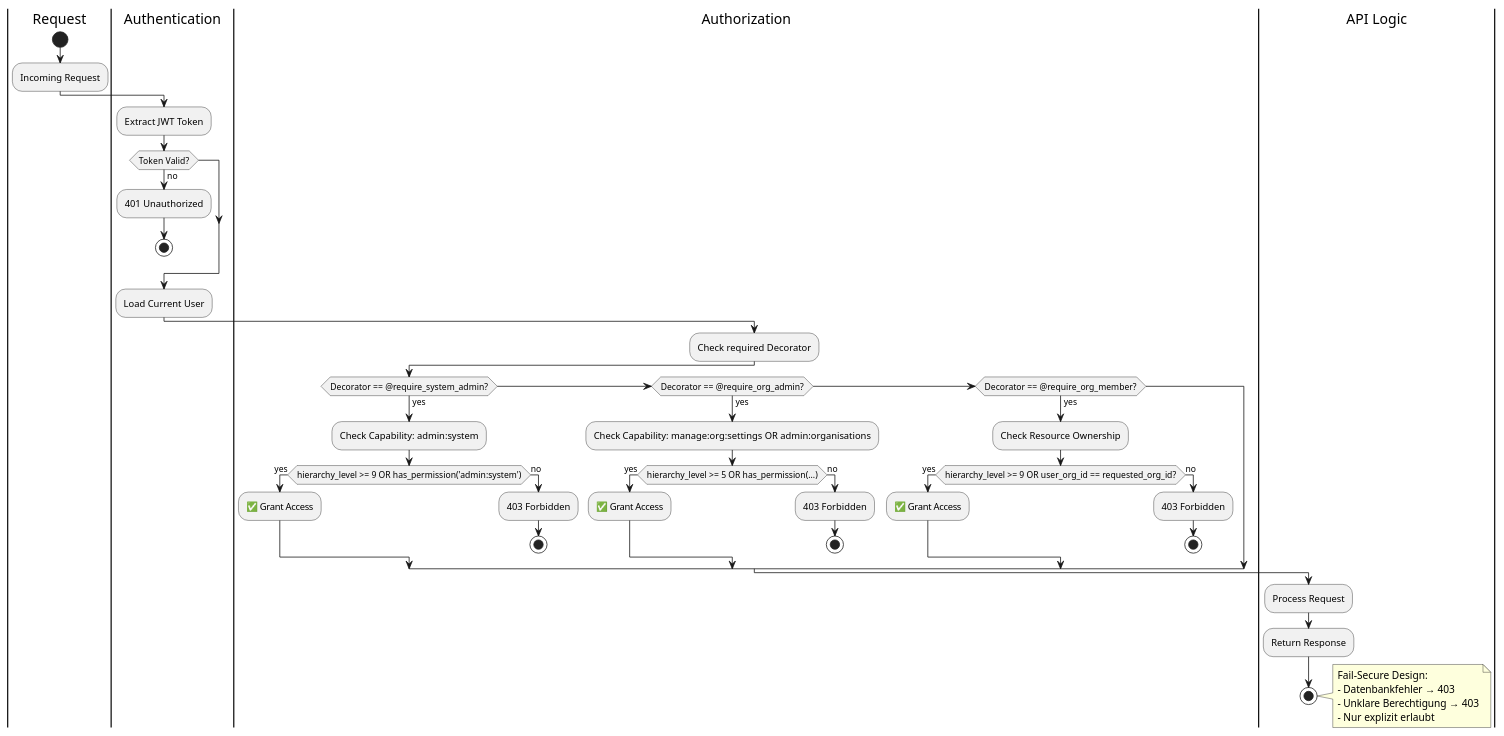
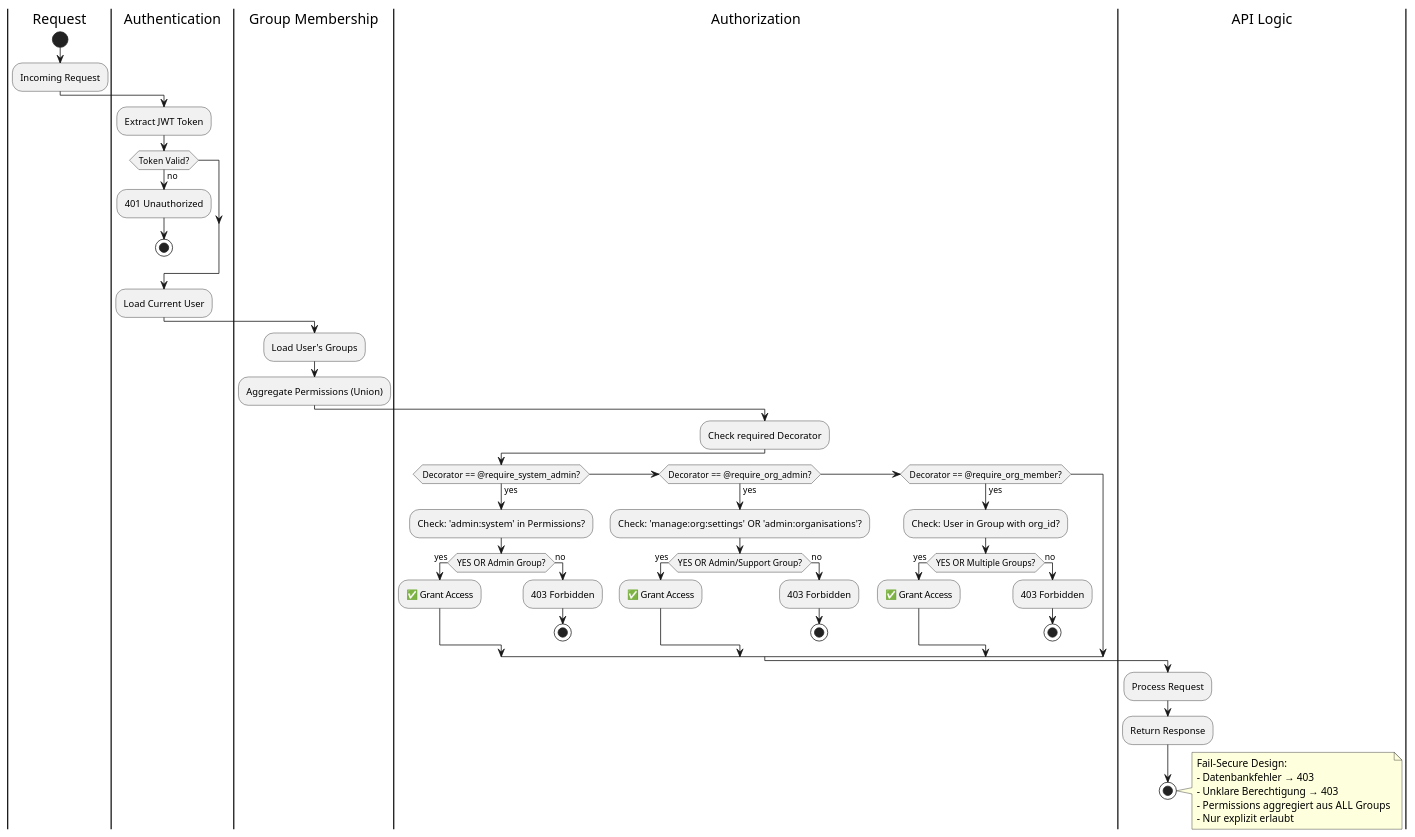
Before and after one commit to flokflok1/lernseite: the ninth of 24 diagrams in LernsystemX-Doku/01_Core/05_Sicherheit-Berechtigungen.md, drawn with PlantUML. The commit also changed other lines of this file and 210 other files, not shown here.

````diff
--- a/LernsystemX-Doku/01_Core/05_Sicherheit-Berechtigungen.md
+++ b/LernsystemX-Doku/01_Core/05_Sicherheit-Berechtigungen.md
@@ -820,57 +864,62 @@
 ```plantuml
 @startuml
 |Request|
 start
 :Incoming Request;
 
 |Authentication|
 :Extract JWT Token;
 if (Token Valid?) then (no)
   :401 Unauthorized;
   stop
 endif
 
 :Load Current User;
 
+|Group Membership|
+:Load User's Groups;
+:Aggregate Permissions (Union);
+
 |Authorization|
 :Check required Decorator;
 
 if (Decorator == @require_system_admin?) then (yes)
-  :Check Capability: admin:system;
-  if (hierarchy_level >= 9 OR has_permission('admin:system')) then (yes)
+  :Check: 'admin:system' in Permissions?;
+  if (YES OR Admin Group?) then (yes)
     :✅ Grant Access;
   else (no)
     :403 Forbidden;
     stop
   endif
 elseif (Decorator == @require_org_admin?) then (yes)
-  :Check Capability: manage:org:settings OR admin:organisations;
-  if (hierarchy_level >= 5 OR has_permission(...)) then (yes)
+  :Check: 'manage:org:settings' OR 'admin:organisations'?;
+  if (YES OR Admin/Support Group?) then (yes)
     :✅ Grant Access;
   else (no)
     :403 Forbidden;
     stop
   endif
 elseif (Decorator == @require_org_member?) then (yes)
-  :Check Resource Ownership;
-  if (hierarchy_level >= 9 OR user_org_id == requested_org_id?) then (yes)
+  :Check: User in Group with org_id?;
+  if (YES OR Multiple Groups?) then (yes)
     :✅ Grant Access;
   else (no)
     :403 Forbidden;
     stop
   endif
 endif
 
 |API Logic|
 :Process Request;
 :Return Response;
 stop
 
 note right
   Fail-Secure Design:
   - Datenbankfehler → 403
   - Unklare Berechtigung → 403
+  - Permissions aggregiert aus ALL Groups
   - Nur explizit erlaubt
 end note
 @enduml
 ```
````
